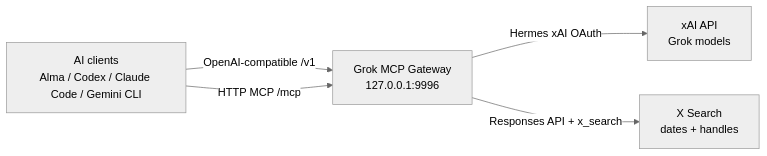
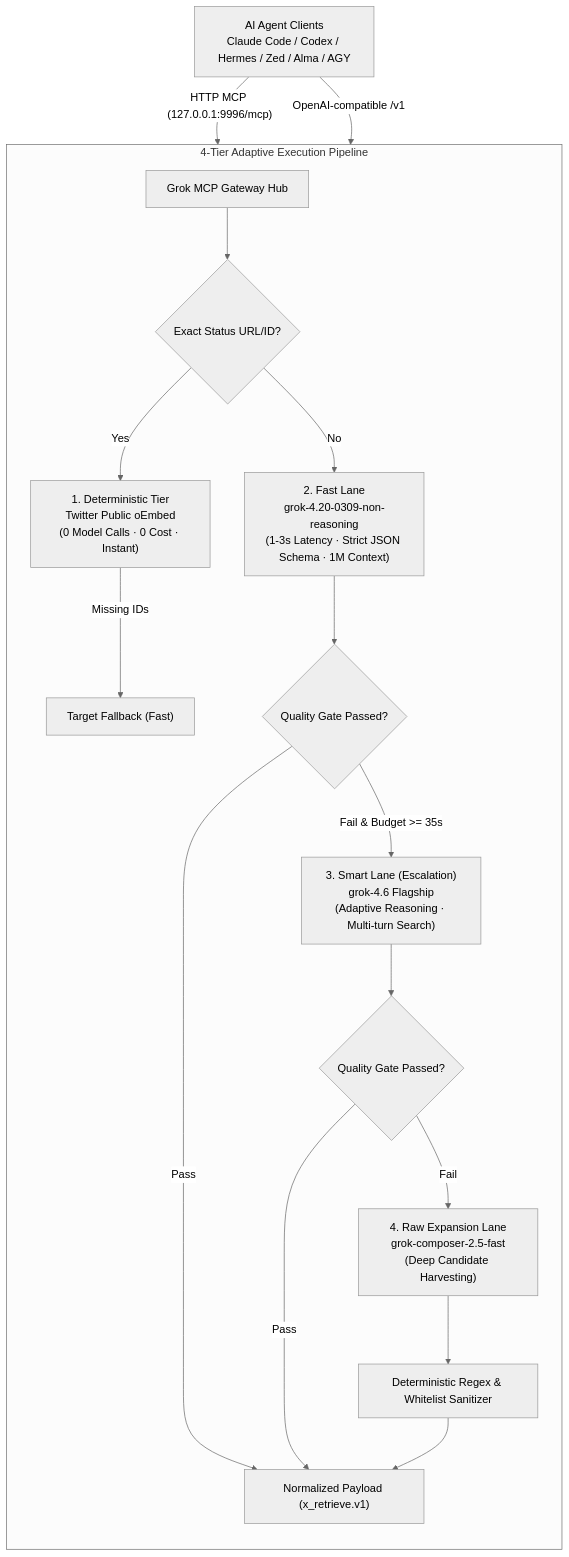
The diagram in README.md (logicrw/grok-mcp-gateway), drawn with Mermaid before and after one commit. The commit also changed other lines of this file and 21 other files, not shown here.

First line of the commit message:
feat(retrieval): implement v2.1 4-tier adaptive pipeline, Grok 4.6 upgrade, and single-flight OAuth coalescing

````diff
--- a/README.md
+++ b/README.md
@@ -9,11 +7,24 @@
 ```mermaid
 ---
 config:
   theme: neutral
 ---
-flowchart LR
-    Clients["AI clients<br/>Alma / Codex / Claude Code / Gemini CLI"] -->|"OpenAI-compatible /v1"| Gateway["Grok MCP Gateway<br/>127.0.0.1:9996"]
-    Clients -->|"HTTP MCP /mcp"| Gateway
-    Gateway -->|"Hermes xAI OAuth"| Grok["xAI API<br/>Grok models"]
-    Gateway -->|"Responses API + x_search"| Search["X Search<br/>dates + handles"]
+flowchart TD
+    Clients["AI Agent Clients<br/>Claude Code / Codex / Hermes / Zed / Alma / AGY"] -->|"HTTP MCP (127.0.0.1:9996/mcp)"| Gateway["Grok MCP Gateway Hub"]
+    Clients -->|"OpenAI-compatible /v1"| Gateway
+
+    subgraph Pipeline ["4-Tier Adaptive Execution Pipeline"]
+        direction TB
+        Gateway --> Check{"Exact Status URL/ID?"}
+        Check -- "Yes" --> Deterministic["1. Deterministic Tier<br/>Twitter Public oEmbed<br/>(0 Model Calls · 0 Cost · Instant)"]
+        Check -- "No" --> Fast["2. Fast Lane<br/>grok-4.20-0309-non-reasoning<br/>(1-3s Latency · Strict JSON Schema · 1M Context)"]
+        Deterministic -- "Missing IDs" --> FastFallback["Target Fallback (Fast)"]
+        Fast --> QualityGate{"Quality Gate Passed?"}
+        QualityGate -- "Pass" --> Output["Normalized Payload (x_retrieve.v1)"]
+        QualityGate -- "Fail & Budget >= 35s" --> Smart["3. Smart Lane (Escalation)<br/>grok-4.6 Flagship<br/>(Adaptive Reasoning · Multi-turn Search)"]
+        Smart --> SmartQuality{"Quality Gate Passed?"}
+        SmartQuality -- "Pass" --> Output
+        SmartQuality -- "Fail" --> Raw["4. Raw Expansion Lane<br/>grok-composer-2.5-fast<br/>(Deep Candidate Harvesting)"]
+        Raw --> Filter["Deterministic Regex & Whitelist Sanitizer"] --> Output
+    end
 ```
````
